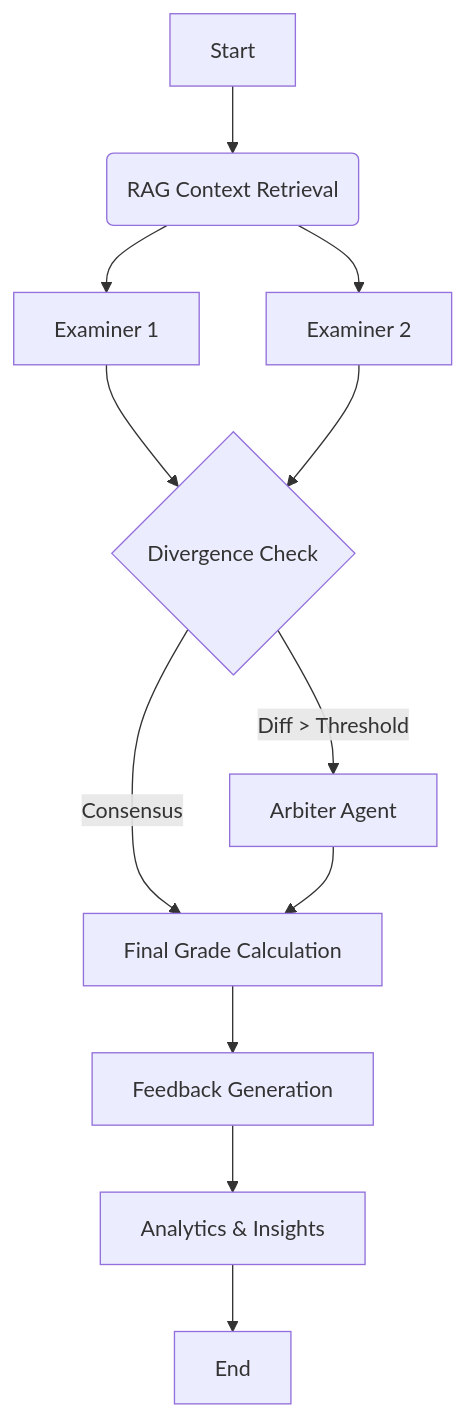
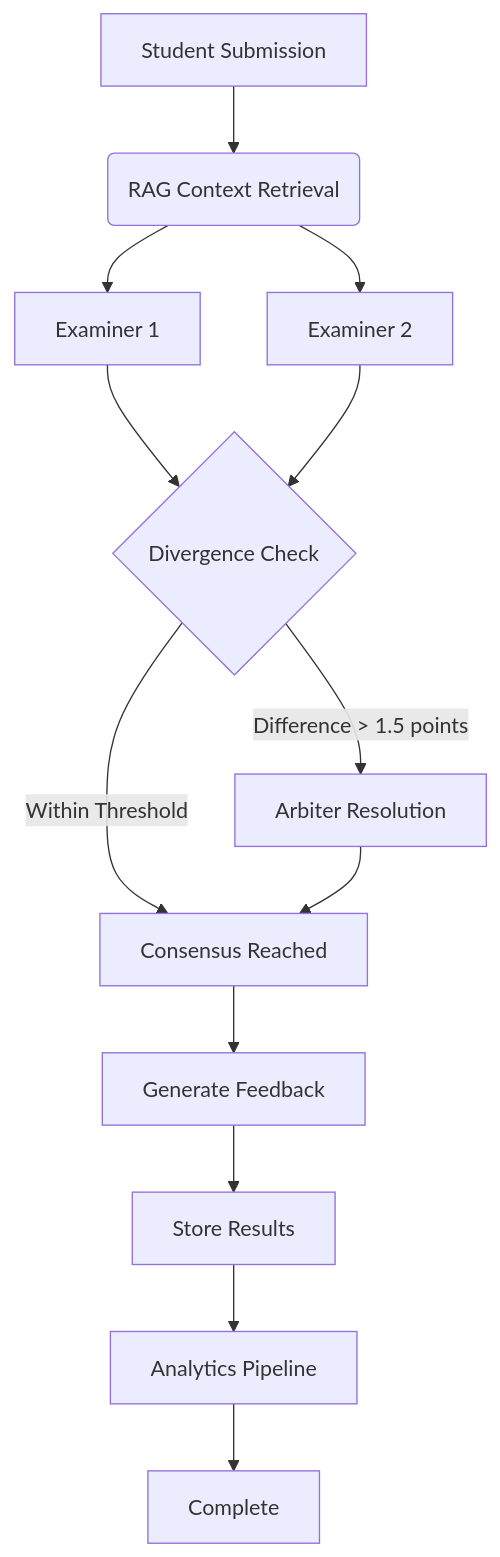
The diagram in README.md (savinoo/ai-grading-system), drawn with Mermaid before and after one commit. The commit also changed other lines of this file and 77 other files, not shown here.

````diff
--- a/README.md
+++ b/README.md
@@ -104,14 +34,15 @@
 ```mermaid
 graph TD
-    A[Start] --> B(RAG Context Retrieval)
+    A[Student Submission] --> B(RAG Context Retrieval)
     B --> C1[Examiner 1]
     B --> C2[Examiner 2]
     C1 --> D{Divergence Check}
     C2 --> D
-    D -- "Diff > Threshold" --> E[Arbiter Agent]
-    D -- "Consensus" --> F[Final Grade Calculation]
+    D -->|Difference &gt; 1.5 points| E[Arbiter Resolution]
+    D -->|Within Threshold| F[Consensus Reached]
     E --> F
-    F --> G[Feedback Generation]
-    G --> H[Analytics & Insights]
-    H --> I[End]
+    F --> G[Generate Feedback]
+    G --> H[Store Results]
+    H --> I[Analytics Pipeline]
+    I --> J[Complete]
 ```
````
